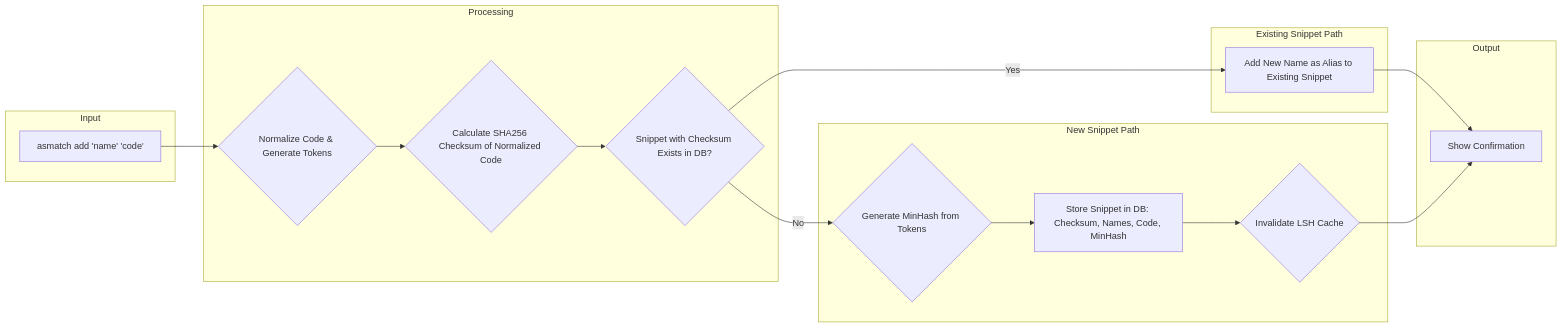
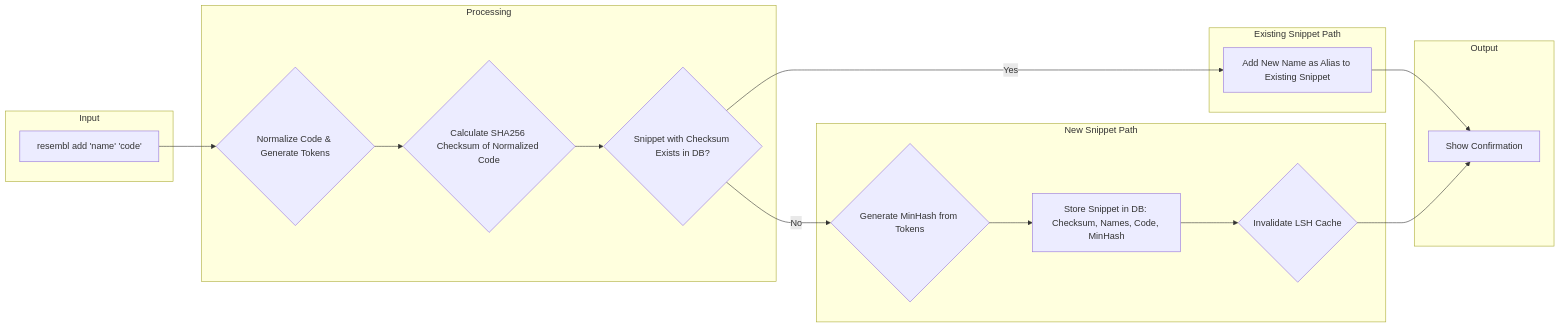
The first of 4 diagrams in docs/flowcharts.md (maci0/resembl), drawn with Mermaid before and after one commit. The commit also changed other lines of this file and 11 other files, not shown here.

````diff
--- a/docs/flowcharts.md
+++ b/docs/flowcharts.md
@@ -9,29 +9,29 @@
 ```mermaid
 graph LR
     subgraph "Input"
-        A[asmatch add 'name' 'code']
+        A[resembl add 'name' 'code']
     end
 
     subgraph "Processing"
         B{Normalize Code & Generate Tokens}
         C{Calculate SHA256 Checksum of Normalized Code}
         D{Snippet with Checksum Exists in DB?}
     end
 
     subgraph "Existing Snippet Path"
         D -- Yes --> E[Add New Name as Alias to Existing Snippet]
     end
 
     subgraph "New Snippet Path"
         D -- No --> F{Generate MinHash from Tokens}
         F --> G[Store Snippet in DB: Checksum, Names, Code, MinHash]
         G --> H{Invalidate LSH Cache}
     end
 
     subgraph "Output"
         E --> I[Show Confirmation]
         H --> I
     end
 
     A --> B --> C --> D
 ```
````
